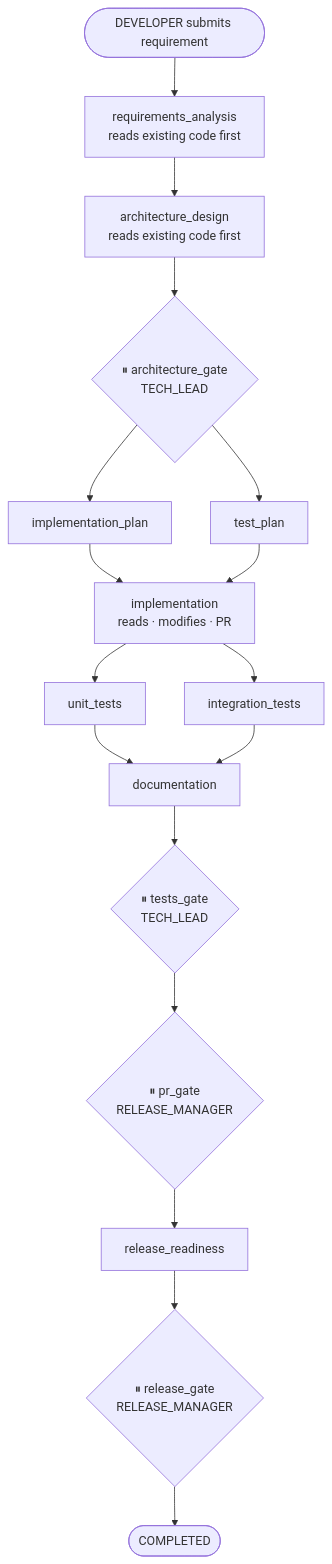
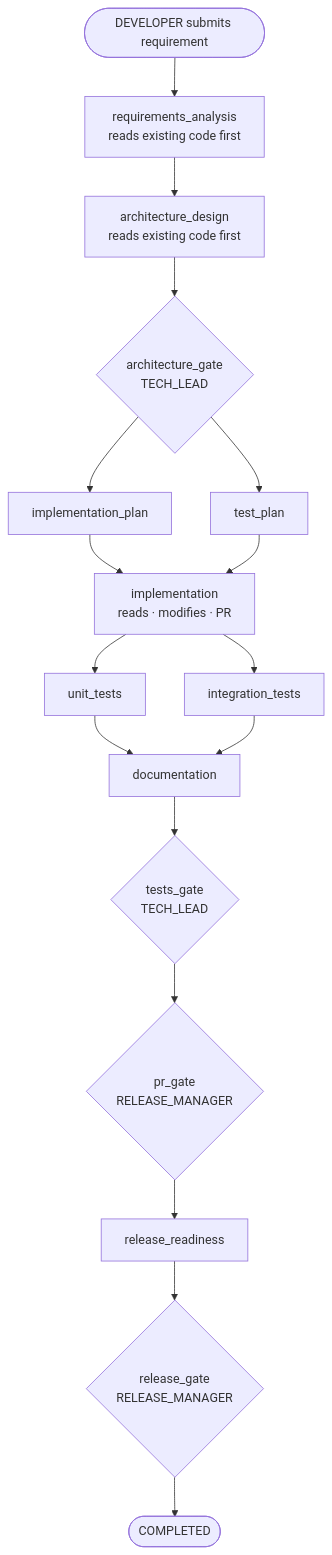
The diagram in docs/scenarios/brownfield.md (agentic-dev-projects/url-copilot), drawn with Mermaid before and after one commit. The commit also changed 5 other files, not shown here.

First line of the commit message:
fix: repair Mermaid diagrams broken on GitHub

````diff
--- a/docs/scenarios/brownfield.md
+++ b/docs/scenarios/brownfield.md
@@ -17,19 +17,19 @@
 ```mermaid
 flowchart TD
-    SUBMIT([DEVELOPER submits requirement]) --> RA[requirements_analysis\nreads existing code first]
-    RA --> AD[architecture_design\nreads existing code first]
-    AD --> G1{⏸ architecture_gate\nTECH_LEAD}
+    SUBMIT([DEVELOPER submits requirement]) --> RA["requirements_analysis<br/>reads existing code first"]
+    RA --> AD["architecture_design<br/>reads existing code first"]
+    AD --> G1{"architecture_gate<br/>TECH_LEAD"}
     G1 --> IP[implementation_plan]
     G1 --> TP[test_plan]
-    IP --> IMPL[implementation\nreads · modifies · PR]
+    IP --> IMPL["implementation<br/>reads · modifies · PR"]
     TP --> IMPL
     IMPL --> UT[unit_tests]
     IMPL --> IT[integration_tests]
     UT --> DOC[documentation]
     IT --> DOC
-    DOC --> G2{⏸ tests_gate\nTECH_LEAD}
-    G2 --> G3{⏸ pr_gate\nRELEASE_MANAGER}
+    DOC --> G2{"tests_gate<br/>TECH_LEAD"}
+    G2 --> G3{"pr_gate<br/>RELEASE_MANAGER"}
     G3 --> RR[release_readiness]
-    RR --> G4{⏸ release_gate\nRELEASE_MANAGER}
+    RR --> G4{"release_gate<br/>RELEASE_MANAGER"}
     G4 --> DONE([COMPLETED])
 ```
````
